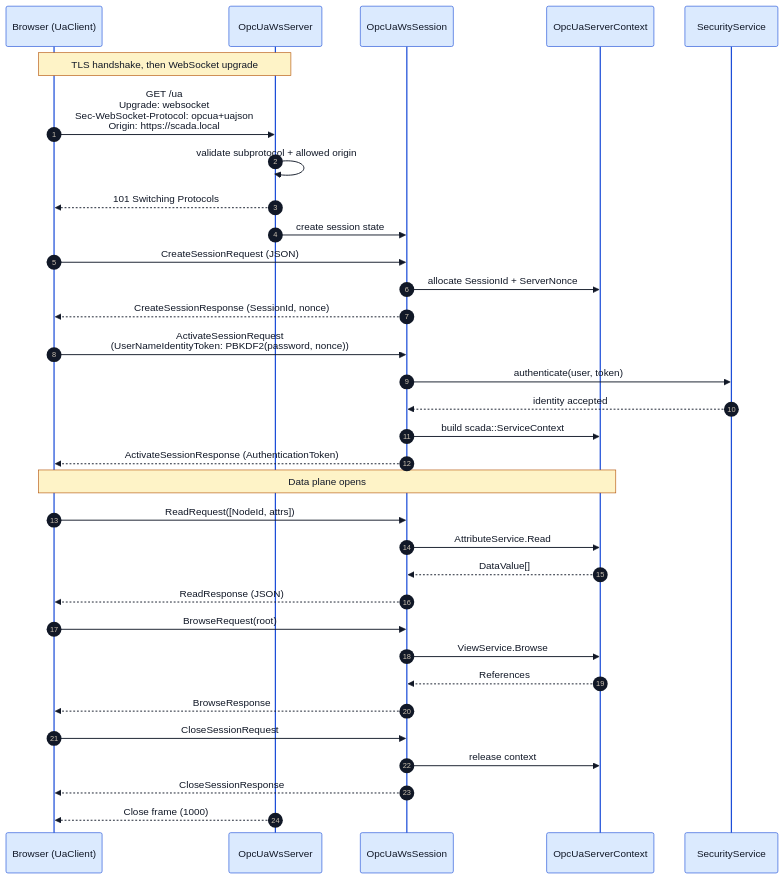
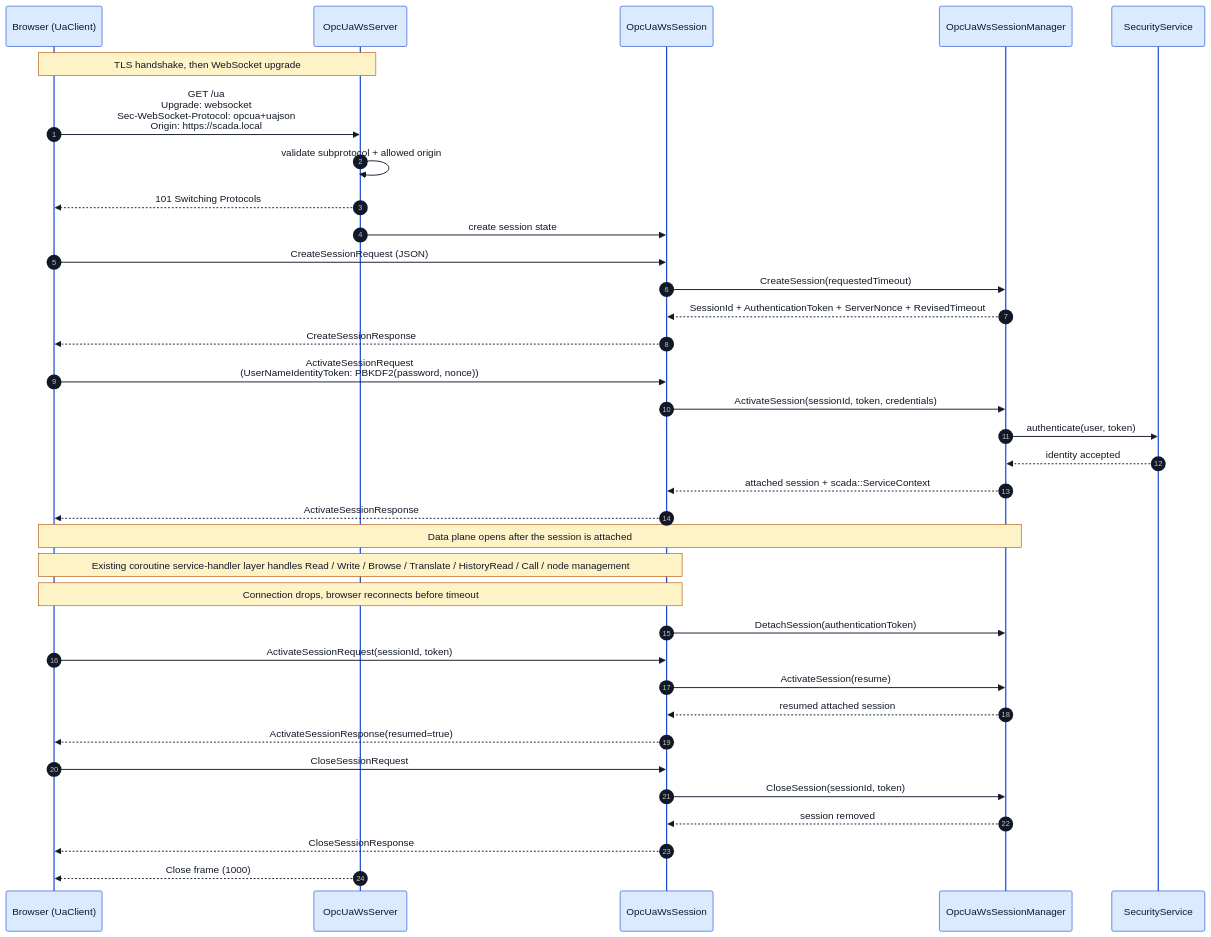
One commit to alexsmn/scada-common changed the diagram in docs/opcua_ws_session_sequence.mmd. Above: the diagram before and after it, drawn with Mermaid. The commit also changed 7 other files, not shown here.

Commit message:
Add opcua_ws session lifecycle manager

```diff
--- a/docs/opcua_ws_session_sequence.mmd
+++ b/docs/opcua_ws_session_sequence.mmd
@@ -1,56 +1,57 @@
 %%{init: {
   'theme': 'base',
   'themeVariables': {
     'background': '#ffffff',
     'primaryColor': '#f3f4f6',
     'primaryBorderColor': '#374151',
     'primaryTextColor': '#111827',
     'lineColor': '#374151',
     'actorBkg': '#dbeafe',
     'actorBorder': '#1d4ed8',
     'actorTextColor': '#111827',
     'noteBkgColor': '#fef3c7',
     'noteBorderColor': '#b45309',
     'noteTextColor': '#111827'
   }
 }}%%
 sequenceDiagram
     autonumber
     participant B as Browser (UaClient)
     participant WS as OpcUaWsServer
     participant S as OpcUaWsSession
-    participant CTX as OpcUaServerContext
+    participant M as OpcUaWsSessionManager
     participant SEC as SecurityService
 
     Note over B,WS: TLS handshake, then WebSocket upgrade
     B->>WS: GET /ua<br/>Upgrade: websocket<br/>Sec-WebSocket-Protocol: opcua+uajson<br/>Origin: https://scada.local
     WS->>WS: validate subprotocol + allowed origin
     WS-->>B: 101 Switching Protocols
 
     WS->>S: create session state
     B->>S: CreateSessionRequest (JSON)
-    S->>CTX: allocate SessionId + ServerNonce
-    S-->>B: CreateSessionResponse (SessionId, nonce)
+    S->>M: CreateSession(requestedTimeout)
+    M-->>S: SessionId + AuthenticationToken + ServerNonce + RevisedTimeout
+    S-->>B: CreateSessionResponse
 
     B->>S: ActivateSessionRequest<br/>(UserNameIdentityToken: PBKDF2(password, nonce))
-    S->>SEC: authenticate(user, token)
-    SEC-->>S: identity accepted
-    S->>CTX: build scada::ServiceContext
-    S-->>B: ActivateSessionResponse (AuthenticationToken)
+    S->>M: ActivateSession(sessionId, token, credentials)
+    M->>SEC: authenticate(user, token)
+    SEC-->>M: identity accepted
+    M-->>S: attached session + scada::ServiceContext
+    S-->>B: ActivateSessionResponse
 
-    Note over B,CTX: Data plane opens
+    Note over B,M: Data plane opens after the session is attached
+    Note over B,S: Existing coroutine service-handler layer handles Read / Write / Browse / Translate / HistoryRead / Call / node management
 
-    B->>S: ReadRequest([NodeId, attrs])
-    S->>CTX: AttributeService.Read
-    CTX-->>S: DataValue[]
-    S-->>B: ReadResponse (JSON)
-
-    B->>S: BrowseRequest(root)
-    S->>CTX: ViewService.Browse
-    CTX-->>S: References
-    S-->>B: BrowseResponse
+    Note over B,S: Connection drops, browser reconnects before timeout
+    S->>M: DetachSession(authenticationToken)
+    B->>S: ActivateSessionRequest(sessionId, token)
+    S->>M: ActivateSession(resume)
+    M-->>S: resumed attached session
+    S-->>B: ActivateSessionResponse(resumed=true)
 
     B->>S: CloseSessionRequest
-    S->>CTX: release context
+    S->>M: CloseSession(sessionId, token)
+    M-->>S: session removed
     S-->>B: CloseSessionResponse
     WS-->>B: Close frame (1000)
```
